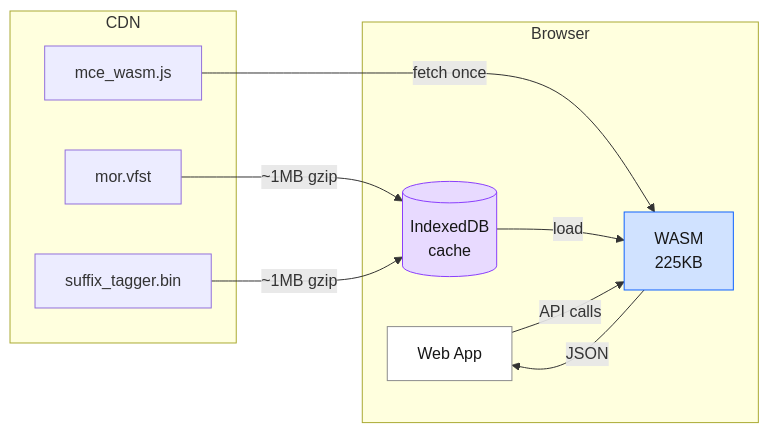
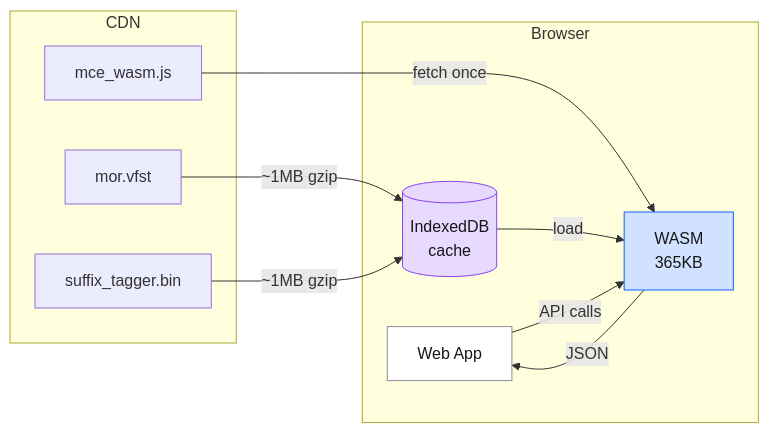
One commit to yongsk0066/mce changed the third of 3 diagrams in ARCHITECTURE.md. Above: the diagram before and after it, drawn with Mermaid. The commit also changed other lines of this file and 10 other files, not shown here.

````diff
--- a/ARCHITECTURE.md
+++ b/ARCHITECTURE.md
@@ -138,25 +138,25 @@
 ```mermaid
 flowchart LR
   subgraph Browser
     app["Web App"]
     idb[("IndexedDB<br/>cache")]
-    wasm["WASM<br/>225KB"]
+    wasm["WASM<br/>365KB"]
   end
 
   subgraph CDN
     cdn_w["mce_wasm.js"]
     cdn_d["mor.vfst"]
     cdn_m["suffix_tagger.bin"]
   end
 
   cdn_w -->|"fetch once"| wasm
   cdn_d -->|"~1MB gzip"| idb
   cdn_m -->|"~1MB gzip"| idb
   idb -->|"load"| wasm
   app -->|"API calls"| wasm
   wasm -->|"JSON"| app
 
   style app fill:#ffffff,color:#161616,stroke:#8d8d8d
   style wasm fill:#d0e2ff,color:#161616,stroke:#0f62fe
   style idb fill:#e8daff,color:#161616,stroke:#8a3ffc
 ```
````
